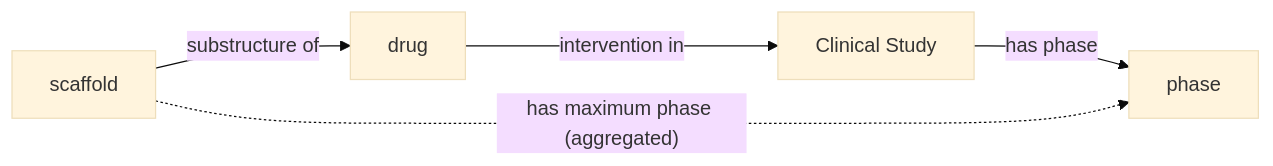
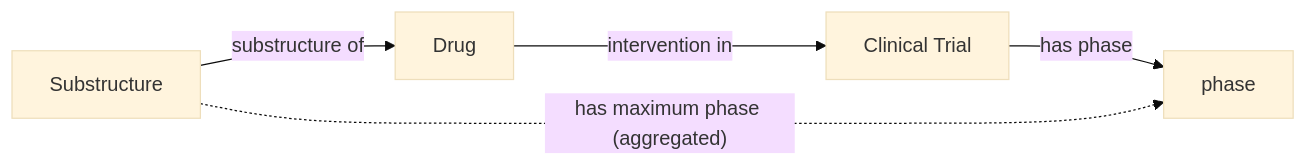
The second of 7 diagrams in _posts/2025-01-23-clinical-trials-model.md (cthoyt/cthoyt.github.io), drawn with Mermaid (base theme) before and after one commit. The commit also changed other lines of this file, not shown here.

````diff
--- a/_posts/2025-01-23-clinical-trials-model.md
+++ b/_posts/2025-01-23-clinical-trials-model.md
@@ -476,5 +487,5 @@
 ```mermaid
    graph LR
-     scaffold -- substructure of --> drug -- intervention in --> trial[Clinical Study] -- has phase --> phase
-     scaffold -. has maximum phase (aggregated) .-> phase
+     substructure[Substructure] -- substructure of --> drug[Drug] -- intervention in --> trial[Clinical Trial] -- has phase --> phase
+     substructure -. has maximum phase (aggregated) .-> phase
 ```
````
